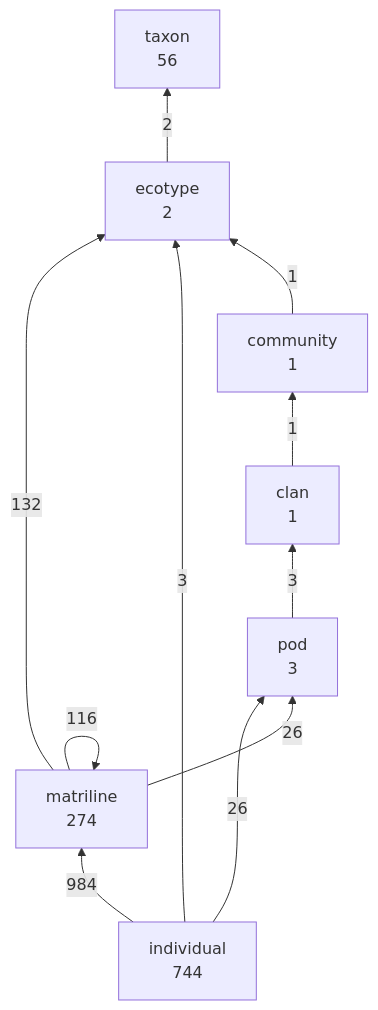
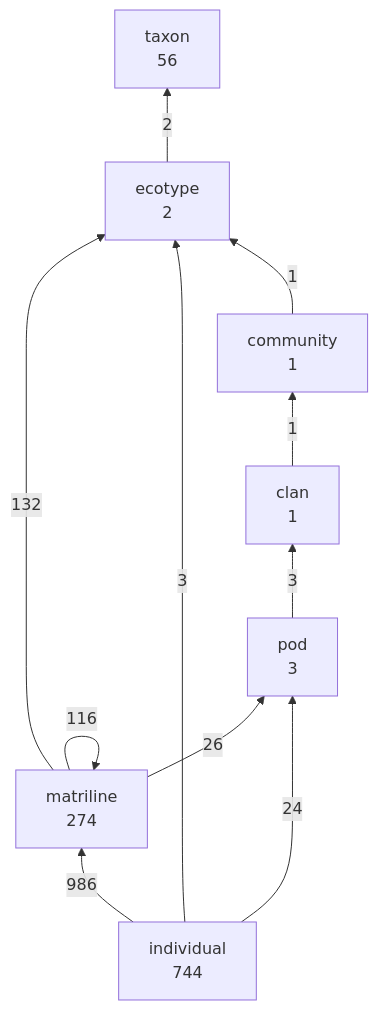
Before and after one commit to salish-sea/animals: the first of 2 diagrams in dist/structure.md, drawn with Mermaid. The commit also changed other lines of this file and 5 other files, not shown here.

````diff
--- a/dist/structure.md
+++ b/dist/structure.md
@@ -11,20 +11,20 @@
 ```mermaid
 graph BT
   clan["clan<br/>1"]
   community["community<br/>1"]
   ecotype["ecotype<br/>2"]
   individual["individual<br/>744"]
   matriline["matriline<br/>274"]
   pod["pod<br/>3"]
   taxon["taxon<br/>56"]
-  individual -->|984| matriline
+  individual -->|986| matriline
   matriline -->|132| ecotype
   matriline -->|116| matriline
-  individual -->|26| pod
   matriline -->|26| pod
+  individual -->|24| pod
   individual -->|3| ecotype
   pod -->|3| clan
   ecotype -->|2| taxon
   clan -->|1| community
   community -->|1| ecotype
 ```
````
